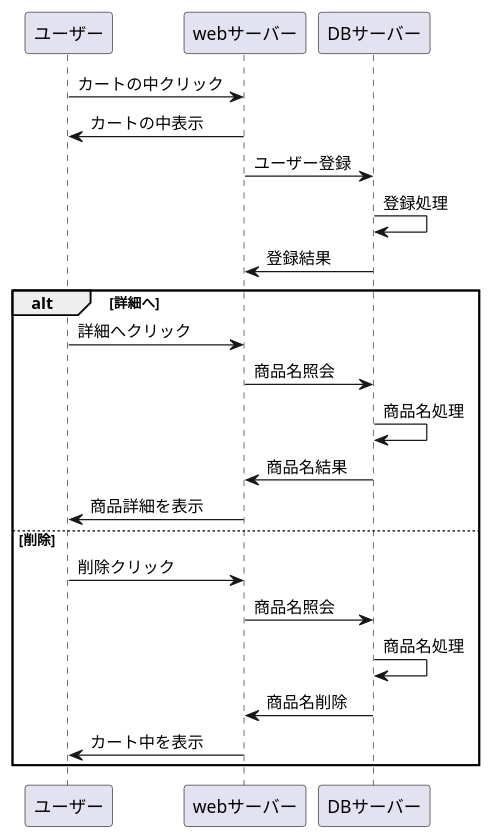
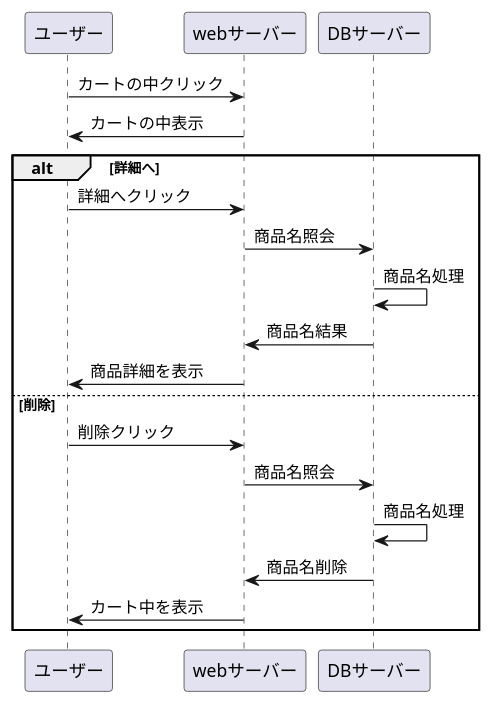
The diagram in ka-toin.md (Aso2001403/2021sys-design), drawn with PlantUML before and after one commit.

````diff
--- a/ka-toin.md
+++ b/ka-toin.md
@@ -1,26 +1,24 @@
 ```uml
 @startuml
  ユーザー -> webサーバー : カートの中クリック
  webサーバー -> ユーザー : カートの中表示
  
- webサーバー -> DBサーバー : ユーザー登録
- DBサーバー -> DBサーバー : 登録処理
- DBサーバー -> webサーバー : 登録結果
+
 
  alt 詳細へ
 ユーザー -> webサーバー : 詳細へクリック
 webサーバー -> DBサーバー : 商品名照会
 DBサーバー -> DBサーバー : 商品名処理
 DBサーバー -> webサーバー : 商品名結果
 webサーバー -> ユーザー : 商品詳細を表示
  else 削除
 ユーザー -> webサーバー : 削除クリック
 webサーバー -> DBサーバー : 商品名照会
 DBサーバー -> DBサーバー : 商品名処理
 DBサーバー -> webサーバー : 商品名削除
 webサーバー -> ユーザー : カート中を表示
  end
 
 
 @enduml
 ```
````
